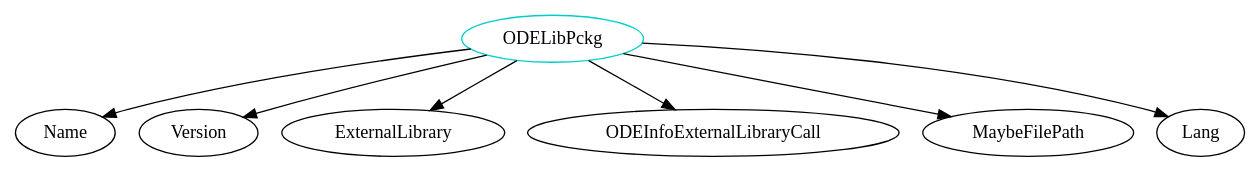
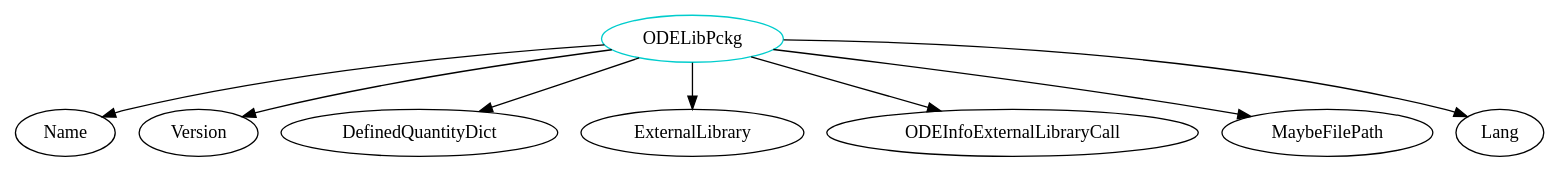
The diagram in analysis/TypeDependencyGraphs/code/ODELibPckg.dot (JacquesCarette/Drasil), drawn with Graphviz before and after one commit. The commit also changed 914 other files, not shown here.

```diff
--- a/analysis/TypeDependencyGraphs/code/ODELibPckg.dot
+++ b/analysis/TypeDependencyGraphs/code/ODELibPckg.dot
@@ -1,9 +1,10 @@
 digraph odelibpckg{
 ODELibPckg	[shape=oval, color=cyan3, label="ODELibPckg"];
 ODELibPckg -> Name;
 ODELibPckg -> Version;
+ODELibPckg -> DefinedQuantityDict;
 ODELibPckg -> ExternalLibrary;
 ODELibPckg -> ODEInfoExternalLibraryCall;
 ODELibPckg -> MaybeFilePath;
 ODELibPckg -> Lang;
 }
```
